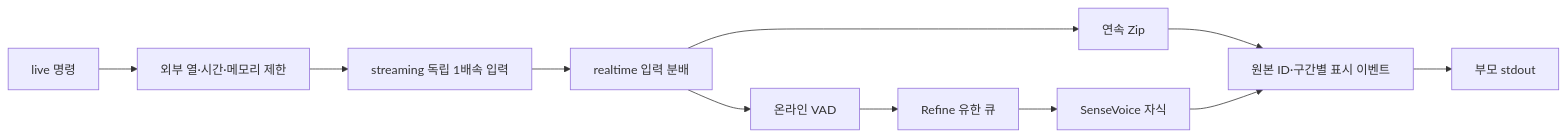
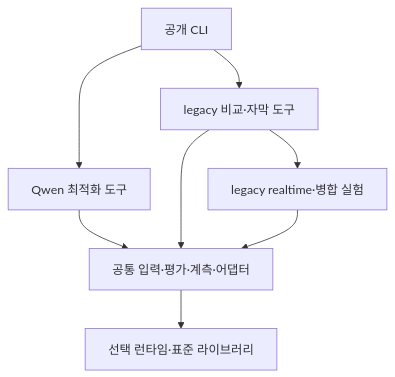
The diagram in docs/reference/architecture.md (shinjuyeop/edge-asr), drawn with Mermaid before and after one commit. The commit also changed other lines of this file and 266 other files, not shown here.

Commit message:
refactor: separate Qwen optimization from legacy ASR studies

````diff
--- a/docs/reference/architecture.md
+++ b/docs/reference/architecture.md
@@ -27,13 +23,10 @@
 ```mermaid
-flowchart LR
-  CLI[live 명령] --> Guard[외부 열·시간·메모리 제한]
-  Guard --> Capture[streaming 독립 1배속 입력]
-  Capture --> Replay[realtime 입력 분배]
-  Replay --> Zip[연속 Zip]
-  Replay --> VAD[온라인 VAD]
-  VAD --> Queue[Refine 유한 큐]
-  Queue --> Sense[SenseVoice 자식]
-  Zip --> Caption[원본 ID·구간별 표시 이벤트]
-  Sense --> Caption
-  Caption --> Terminal[부모 stdout]
+flowchart TD
+  CLI[공개 CLI] --> OPT[Qwen 최적화 도구]
+  CLI --> OLD[legacy 비교·자막 도구]
+  OPT --> CORE[공통 입력·평가·계측·어댑터]
+  OLD --> CORE
+  OLD --> RT[legacy realtime·병합 실험]
+  RT --> CORE
+  CORE --> RUNTIME[선택 런타임·표준 라이브러리]
 ```
````
